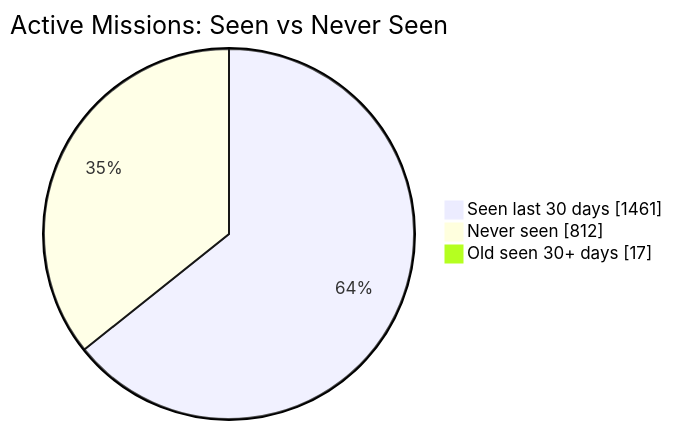
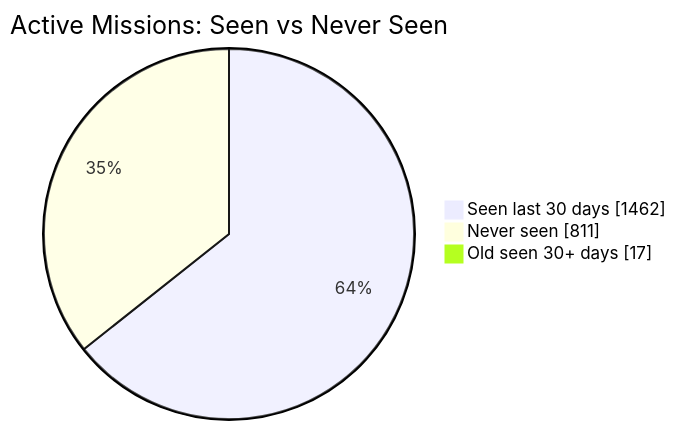
One commit to MeldkamerspelGameTeam/active-missions changed the first of 2 diagrams in README.md. Above: the diagram before and after it, drawn with Mermaid. The commit also changed other lines of this file and 2 other files, not shown here.

````diff
--- a/README.md
+++ b/README.md
@@ -34,7 +34,7 @@
 ```mermaid
 pie showData
     title Active Missions: Seen vs Never Seen
-    "Seen last 30 days" : 1461
-    "Never seen" : 812
+    "Seen last 30 days" : 1462
+    "Never seen" : 811
     "Old seen 30+ days" : 17
 ```
````
